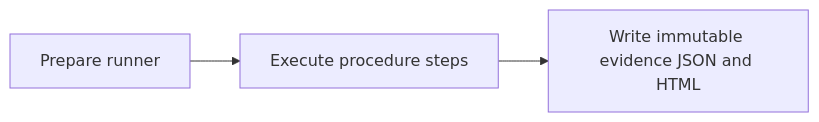
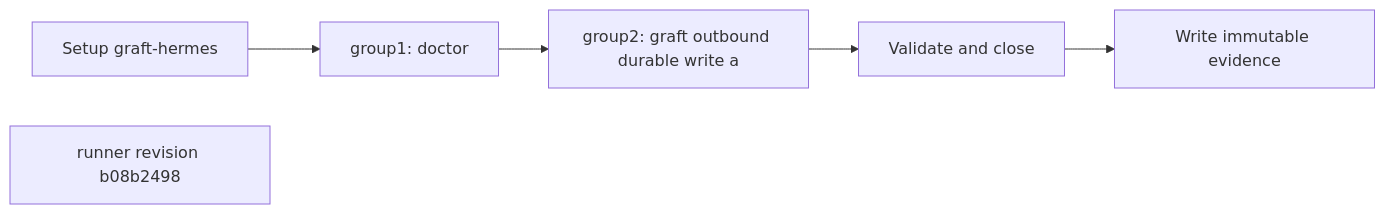
Before and after one commit to randlee/atm-core: the first of 2 diagrams in docs/procedures/graft-hermes.md, drawn with Mermaid. The commit also changed other lines of this file and 149 other files, not shown here.

Commit message:
fix: close BB3 procedure-page review findings

````diff
--- a/docs/procedures/graft-hermes.md
+++ b/docs/procedures/graft-hermes.md
@@ -19,5 +16,13 @@
 ```mermaid
 flowchart LR
-  setup[Prepare runner] --> steps[Execute procedure steps]
-  steps --> evidence[Write immutable evidence JSON and HTML]
+  setup[Setup graft-hermes]
+  case1[group1: doctor]
+  case2[group2: graft outbound durable write a]
+  teardown[Validate and close]
+  evidence[Write immutable evidence]
+  setup --> case1
+  case1 --> case2
+  case2 --> teardown
+  teardown --> evidence
+  note[runner revision b08b2498]:::revision
 ```
````
